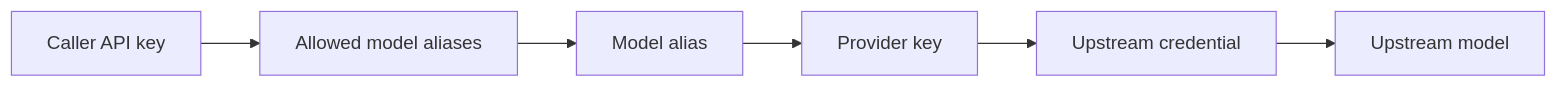
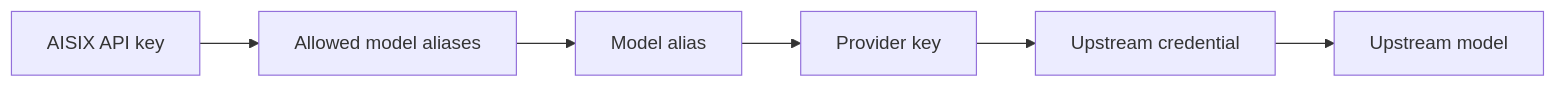
The diagram in docs/quickstart/first-model-first-key-first-request.md (api7/aisix), drawn with Mermaid before and after one commit. The commit also changed other lines of this file and 5 other files, not shown here.

Commit message:
polish getting started concept flow

````diff
--- a/docs/quickstart/first-model-first-key-first-request.md
+++ b/docs/quickstart/first-model-first-key-first-request.md
@@ -26,8 +26,8 @@
 ```mermaid
 flowchart LR
-    Caller["Caller API key"] --> Allowlist["Allowed model aliases"]
+    Caller["AISIX API key"] --> Allowlist["Allowed model aliases"]
     Allowlist --> Alias["Model alias"]
     Alias --> ProviderKey["Provider key"]
     ProviderKey --> Credential["Upstream credential"]
     Credential --> Upstream["Upstream model"]
 ```
````
